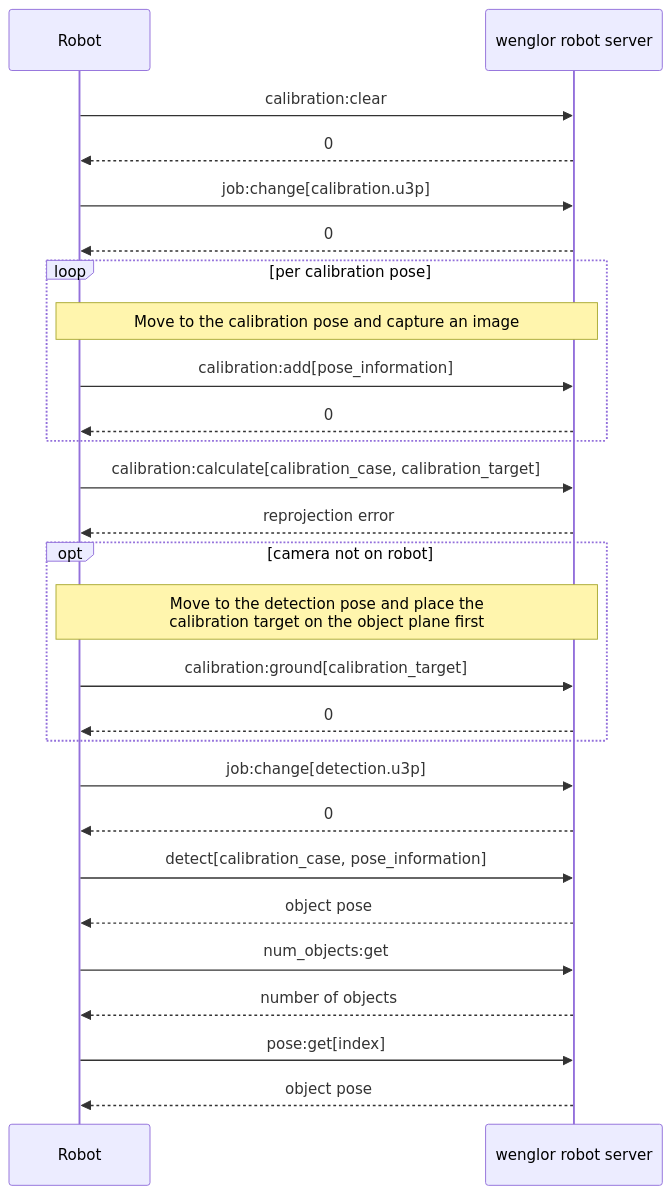
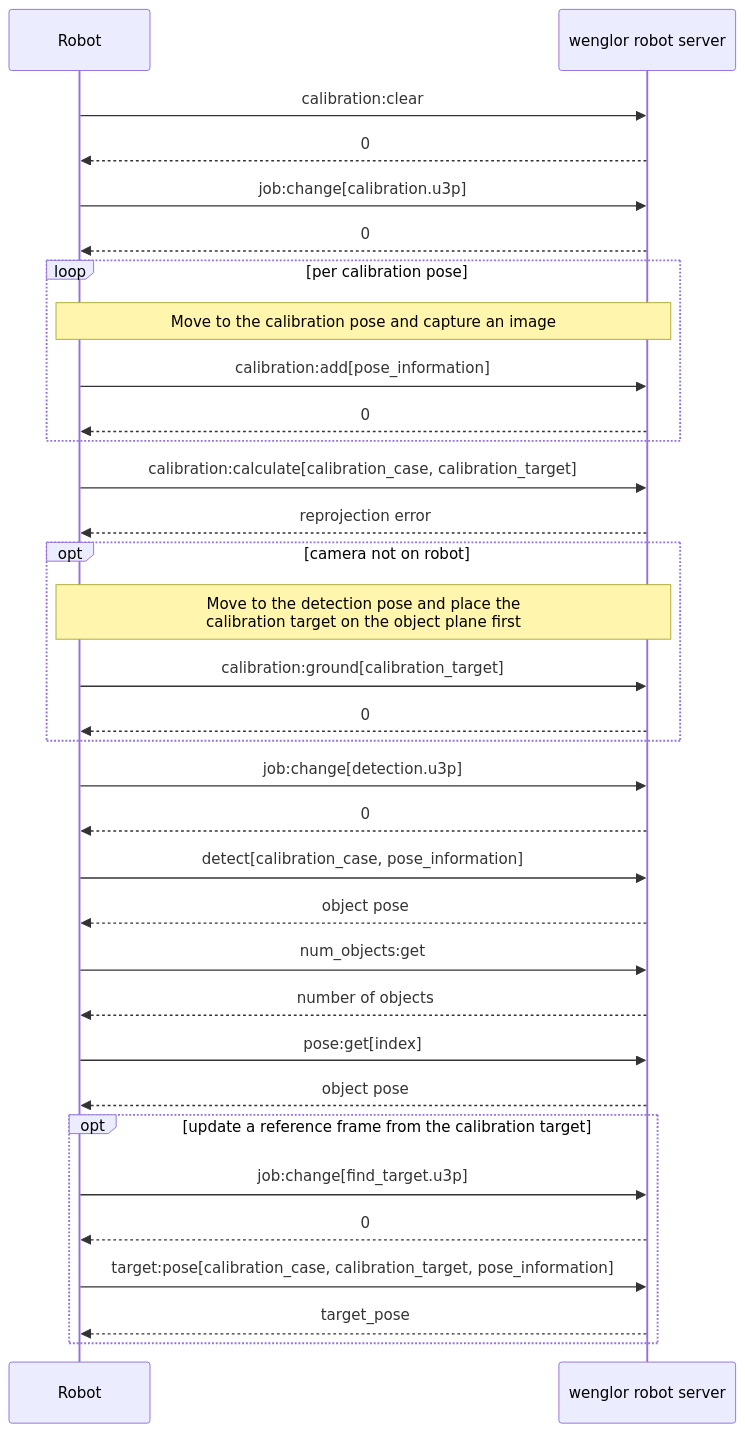
Before and after one commit to wenglor/robot-vision-generic-string: the diagram in docs/4_0_robot_vision_server/4_5_0_generic_robot_vision_interface.md, drawn with Mermaid. The commit also changed other lines of this file and 7 other files, not shown here.

````diff
--- a/docs/4_0_robot_vision_server/4_5_0_generic_robot_vision_interface.md
+++ b/docs/4_0_robot_vision_server/4_5_0_generic_robot_vision_interface.md
@@ -17,29 +17,35 @@
 ```mermaid
 sequenceDiagram
     participant Robot
     participant Server as wenglor robot server
     Robot->>Server: calibration:clear;
     Server-->>Robot: 0
     Robot->>Server: job:change[calibration.u3p];
     Server-->>Robot: 0
     loop per calibration pose
         Note over Robot,Server: Move to the calibration pose and capture an image
         Robot->>Server: calibration:add[pose_information];
         Server-->>Robot: 0
     end
     Robot->>Server: calibration:calculate[calibration_case, calibration_target];
     Server-->>Robot: reprojection error
     opt camera not on robot
         Note over Robot,Server: Move to the detection pose and place the<br/>calibration target on the object plane first
         Robot->>Server: calibration:ground[calibration_target];
         Server-->>Robot: 0
     end
     Robot->>Server: job:change[detection.u3p];
     Server-->>Robot: 0
     Robot->>Server: detect[calibration_case, pose_information];
     Server-->>Robot: object pose
     Robot->>Server: num_objects:get;
     Server-->>Robot: number of objects
     Robot->>Server: pose:get[index];
     Server-->>Robot: object pose
+    opt update a reference frame from the calibration target
+        Robot->>Server: job:change[find_target.u3p];
+        Server-->>Robot: 0
+        Robot->>Server: target:pose[calibration_case, calibration_target, pose_information];
+        Server-->>Robot: target_pose
+    end
 ```
````
